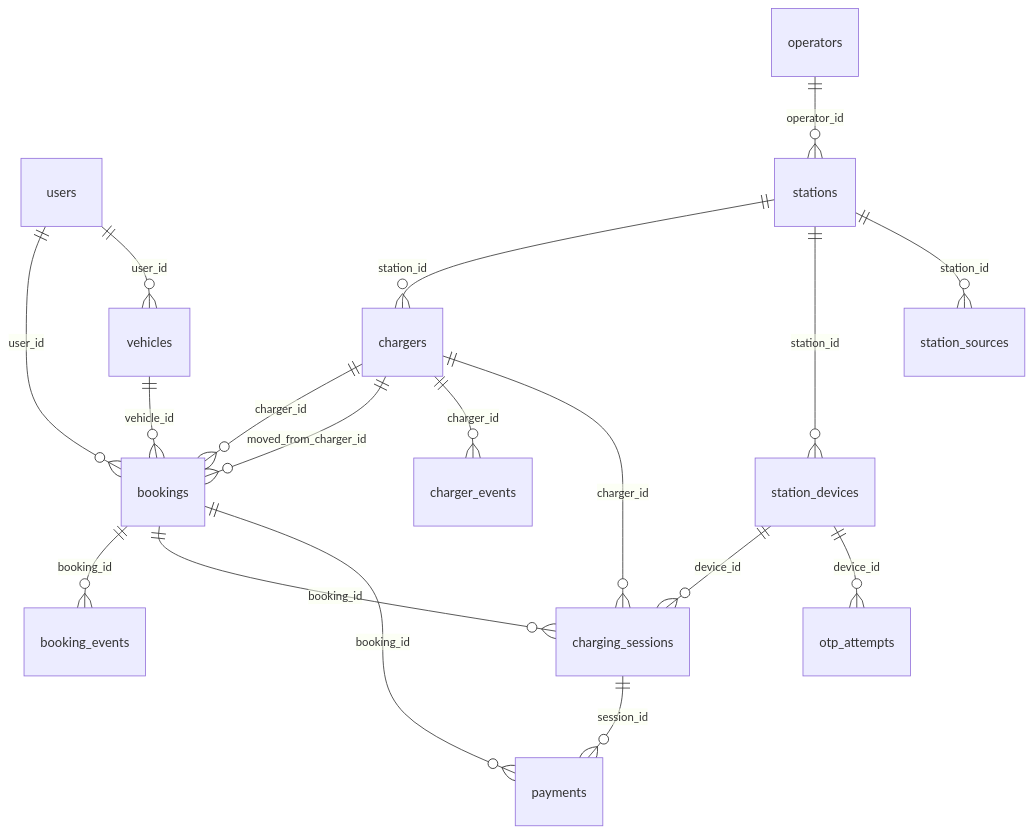
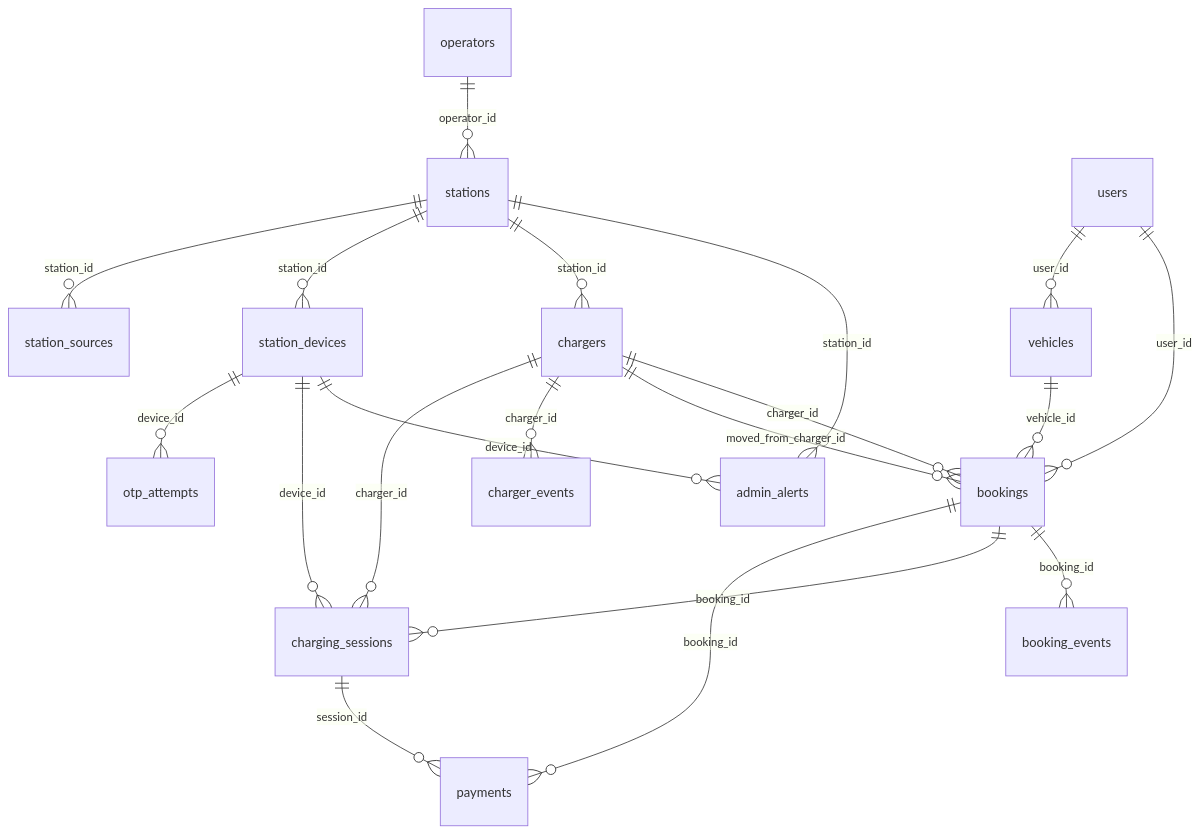
Before and after one commit to MeetChaniyara7/ChargeIT: the diagram in docs/SCHEMA.md, drawn with Mermaid. The commit also changed other lines of this file and 94 other files, not shown here.

````diff
--- a/docs/SCHEMA.md
+++ b/docs/SCHEMA.md
@@ -32,20 +33,22 @@
 ```mermaid
 erDiagram
+    station_devices ||--o{ admin_alerts : "device_id"
+    stations ||--o{ admin_alerts : "station_id"
     bookings ||--o{ booking_events : "booking_id"
     chargers ||--o{ bookings : "charger_id"
     chargers ||--o{ bookings : "moved_from_charger_id"
     users ||--o{ bookings : "user_id"
     vehicles ||--o{ bookings : "vehicle_id"
     chargers ||--o{ charger_events : "charger_id"
     stations ||--o{ chargers : "station_id"
     bookings ||--o{ charging_sessions : "booking_id"
     chargers ||--o{ charging_sessions : "charger_id"
     station_devices ||--o{ charging_sessions : "device_id"
     station_devices ||--o{ otp_attempts : "device_id"
     bookings ||--o{ payments : "booking_id"
     charging_sessions ||--o{ payments : "session_id"
     stations ||--o{ station_devices : "station_id"
     stations ||--o{ station_sources : "station_id"
     operators ||--o{ stations : "operator_id"
     users ||--o{ vehicles : "user_id"
 ```
````
